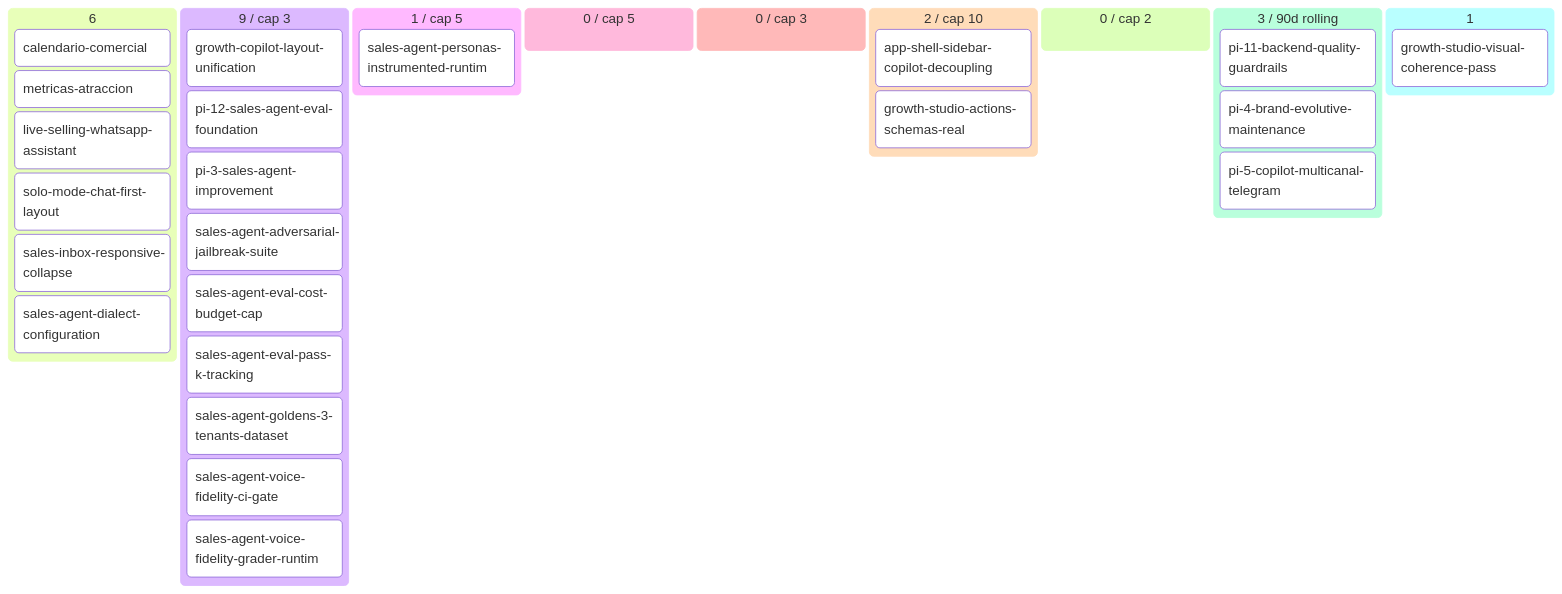
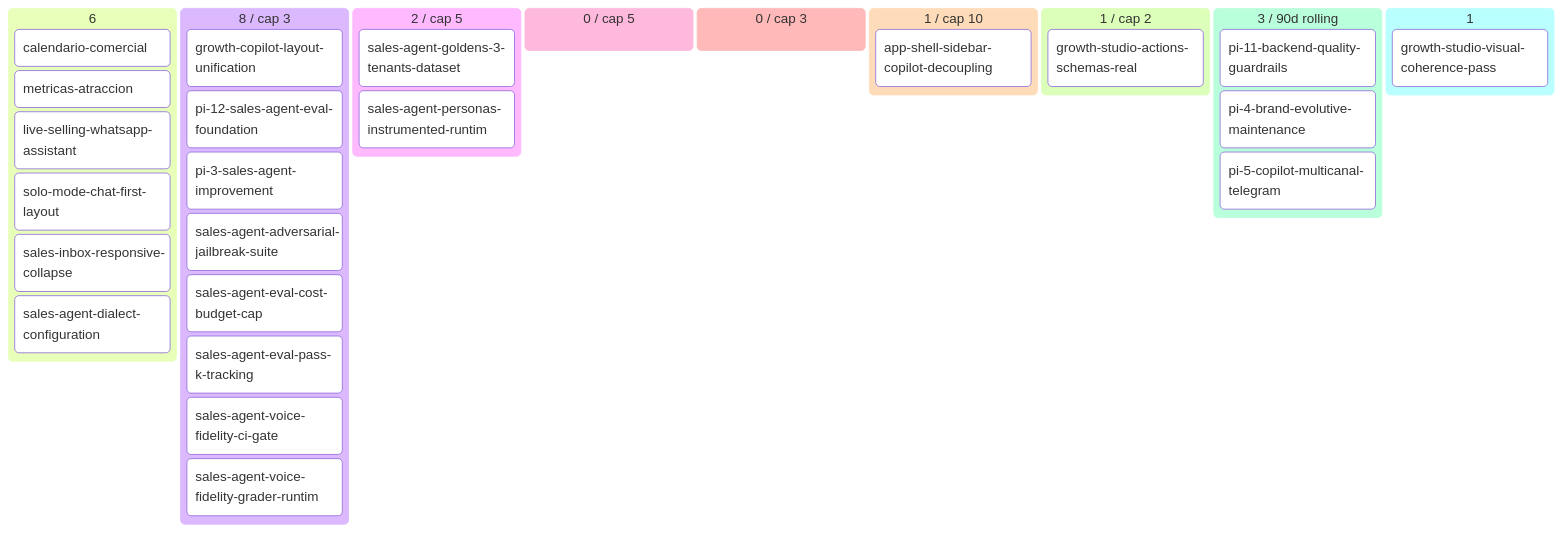
Before and after one commit to alpacapurpura/ap_sales_agent: the diagram in docs/product/BACKLOG.md, drawn with Mermaid. The commit also changed other lines of this file and 4 other files, not shown here.

First line of the commit message:
docs(pi-12): refine Story D goldens-3-tenants-dataset v3 → state=refined

````diff
--- a/docs/product/BACKLOG.md
+++ b/docs/product/BACKLOG.md
@@ -58,34 +57,34 @@
 ```mermaid
 kanban
   💡 Ideas (6)
     calendario-comercial[calendario-comercial]
     metricas-atraccion[metricas-atraccion]
     live-selling-whatsapp-assistan[live-selling-whatsapp-assistant]
     solo-mode-chat-first-layout[solo-mode-chat-first-layout]
     sales-inbox-responsive-collaps[sales-inbox-responsive-collapse]
     sales-agent-dialect-configurat[sales-agent-dialect-configuration]
-  🔬 Refining (9 / cap 3)
+  🔬 Refining (8 / cap 3)
     growth-copilot-layout-unificat[growth-copilot-layout-unification]
     pi-12-sales-agent-eval-foundat[pi-12-sales-agent-eval-foundation]
     pi-3-sales-agent-improvement[pi-3-sales-agent-improvement]
     sales-agent-adversarial-jailbr[sales-agent-adversarial-jailbreak-suite]
     sales-agent-eval-cost-budget-c[sales-agent-eval-cost-budget-cap]
     sales-agent-eval-pass-k-tracki[sales-agent-eval-pass-k-tracking]
-    sales-agent-goldens-3-tenants-[sales-agent-goldens-3-tenants-dataset]
     sales-agent-voice-fidelity-ci-[sales-agent-voice-fidelity-ci-gate]
     sales-agent-voice-fidelity-gra[sales-agent-voice-fidelity-grader-runtim]
-  ✅ Refined (1 / cap 5)
+  ✅ Refined (2 / cap 5)
+    sales-agent-goldens-3-tenants-[sales-agent-goldens-3-tenants-dataset]
     sales-agent-personas-instrumen[sales-agent-personas-instrumented-runtim]
   📦 Ready (0 / cap 5)
   🔨 Developing (0 / cap 3)
-  🧪 Developed (2 / cap 10)
+  🧪 Developed (1 / cap 10)
     app-shell-sidebar-copilot-deco[app-shell-sidebar-copilot-decoupling]
+  🔍 Reviewing (1 / cap 2)
     growth-studio-actions-schemas-[growth-studio-actions-schemas-real]
-  🔍 Reviewing (0 / cap 2)
   ✅ Done (3 / 90d rolling)
     pi-11-backend-quality-guardrai[pi-11-backend-quality-guardrails]
     pi-4-brand-evolutive-maintenan[pi-4-brand-evolutive-maintenance]
     pi-5-copilot-multicanal-telegr[pi-5-copilot-multicanal-telegram]
   🅿 Parked (1)
     growth-studio-visual-coherence[growth-studio-visual-coherence-pass]
 ```
````
